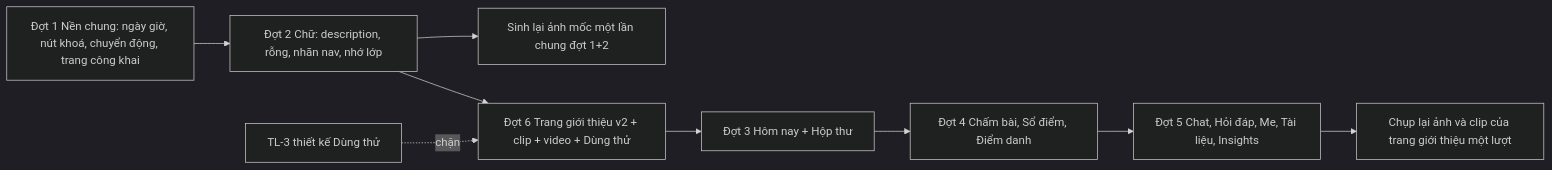
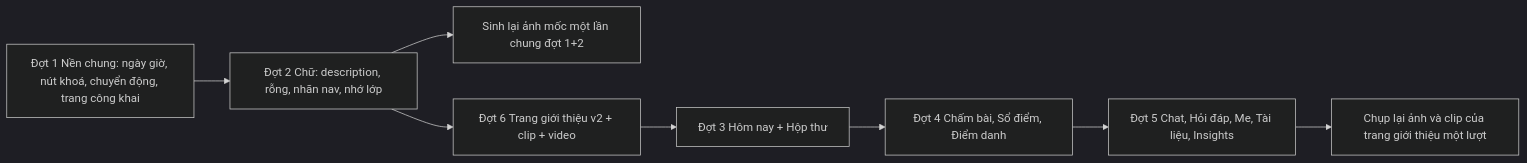
The diagram in docs/specs/FEAT-uiux-91/SRS.md (kagamikuro1024/EduPilot-v2), drawn with Mermaid (dark theme) before and after one commit. The commit also changed other lines of this file and 2 other files, not shown here.

Commit message:
sprint 9.1: BA gỡ US-UX91-22 Dùng thử khỏi FEAT-uiux-91 theo P-91-4; SRS 1.1, 21 story

````diff
--- a/docs/specs/FEAT-uiux-91/SRS.md
+++ b/docs/specs/FEAT-uiux-91/SRS.md
@@ -33,11 +32,10 @@
 ```mermaid
 flowchart LR
   D1[Đợt 1 Nền chung: ngày giờ, nút khoá, chuyển động, trang công khai] --> D2[Đợt 2 Chữ: description, rỗng, nhãn nav, nhớ lớp]
   D2 --> SNAP[Sinh lại ảnh mốc một lần chung đợt 1+2]
-  D2 --> D6[Đợt 6 Trang giới thiệu v2 + clip + video + Dùng thử]
+  D2 --> D6[Đợt 6 Trang giới thiệu v2 + clip + video]
   D6 --> D3[Đợt 3 Hôm nay + Hộp thư]
   D3 --> D4[Đợt 4 Chấm bài, Sổ điểm, Điểm danh]
   D4 --> D5[Đợt 5 Chat, Hỏi đáp, Me, Tài liệu, Insights]
   D5 --> RESHOOT[Chụp lại ảnh và clip của trang giới thiệu một lượt]
-  TL3[TL-3 thiết kế Dùng thử] -.chặn.-> D6
 ```
````
